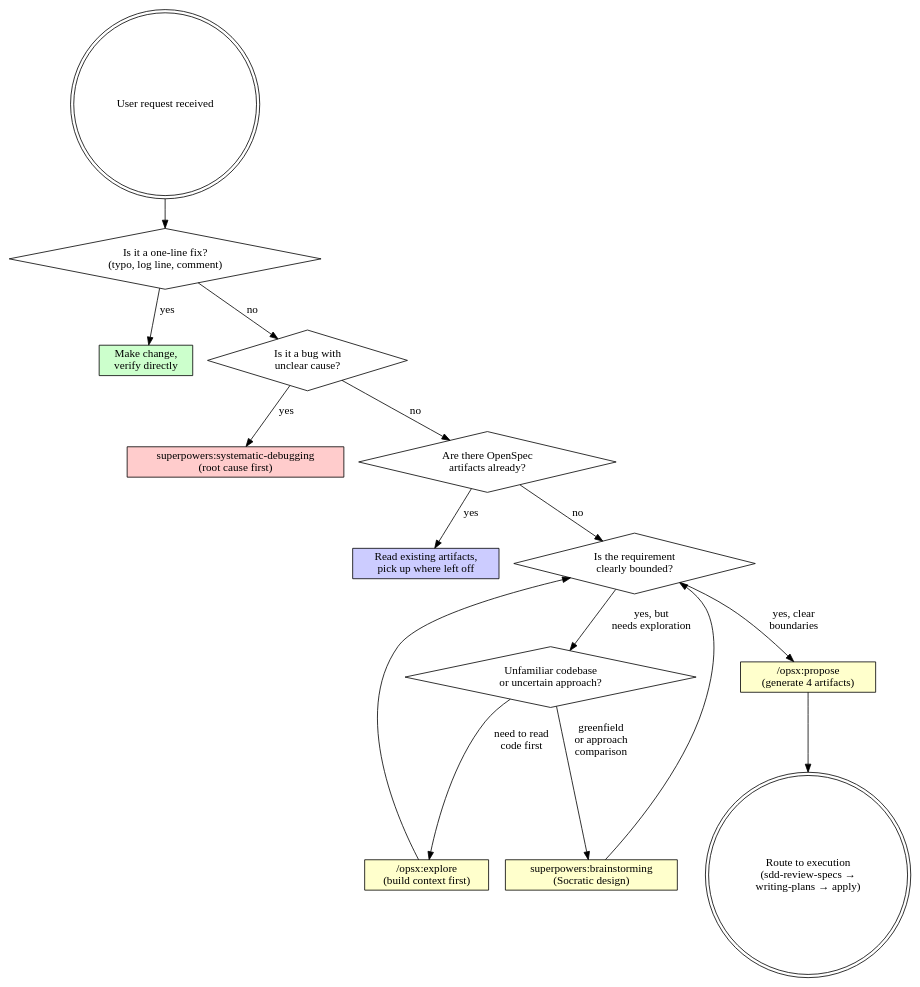
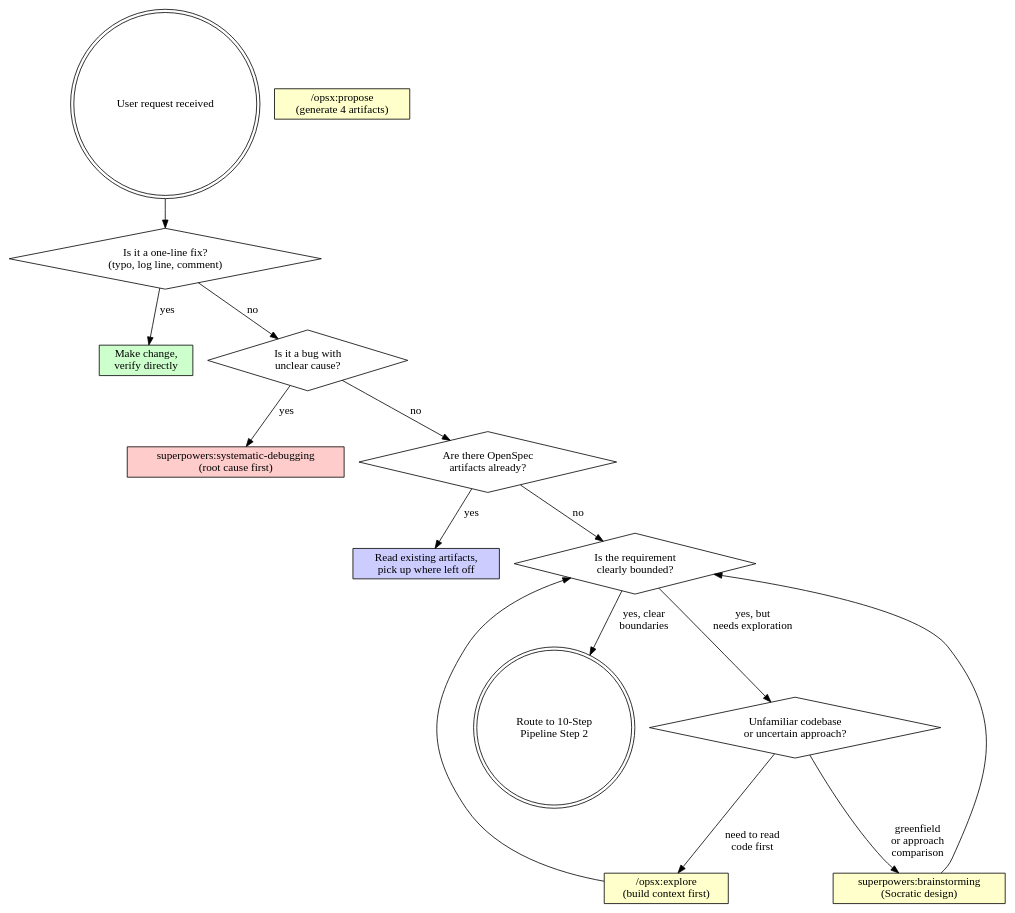
The diagram in skills/sdd-workflow/SKILL.md (9Ashwin/on-my-sdd), drawn with Graphviz before and after one commit. The commit also changed other lines of this file, not shown here.

````diff
--- a/skills/sdd-workflow/SKILL.md
+++ b/skills/sdd-workflow/SKILL.md
@@ -47,32 +85,31 @@
 ```dot
 digraph sdd_routing {
     "User request received" [shape=doublecircle];
     "Is it a one-line fix?\n(typo, log line, comment)" [shape=diamond];
     "Make change,\nverify directly" [shape=box style=filled fillcolor="#ccffcc"];
     "Is it a bug with\nunclear cause?" [shape=diamond];
     "superpowers:systematic-debugging\n(root cause first)" [shape=box style=filled fillcolor="#ffcccc"];
     "Are there OpenSpec\nartifacts already?" [shape=diamond];
     "Read existing artifacts,\npick up where left off" [shape=box style=filled fillcolor="#ccccff"];
     "Is the requirement\nclearly bounded?" [shape=diamond];
     "Unfamiliar codebase\nor uncertain approach?" [shape=diamond];
     "/opsx:propose\n(generate 4 artifacts)" [shape=box style=filled fillcolor="#ffffcc"];
     "/opsx:explore\n(build context first)" [shape=box style=filled fillcolor="#ffffcc"];
     "superpowers:brainstorming\n(Socratic design)" [shape=box style=filled fillcolor="#ffffcc"];
-    "Route to execution\n(sdd-review-specs →\nwriting-plans → apply)" [shape=doublecircle];
+    "Route to 10-Step\nPipeline Step 2" [shape=doublecircle];
 
     "User request received" -> "Is it a one-line fix?\n(typo, log line, comment)";
     "Is it a one-line fix?\n(typo, log line, comment)" -> "Make change,\nverify directly" [label="yes"];
     "Is it a one-line fix?\n(typo, log line, comment)" -> "Is it a bug with\nunclear cause?" [label="no"];
     "Is it a bug with\nunclear cause?" -> "superpowers:systematic-debugging\n(root cause first)" [label="yes"];
     "Is it a bug with\nunclear cause?" -> "Are there OpenSpec\nartifacts already?" [label="no"];
     "Are there OpenSpec\nartifacts already?" -> "Read existing artifacts,\npick up where left off" [label="yes"];
     "Are there OpenSpec\nartifacts already?" -> "Is the requirement\nclearly bounded?" [label="no"];
     "Is the requirement\nclearly bounded?" -> "Unfamiliar codebase\nor uncertain approach?" [label="yes, but\nneeds exploration"];
-    "Is the requirement\nclearly bounded?" -> "/opsx:propose\n(generate 4 artifacts)" [label="yes, clear\nboundaries"];
+    "Is the requirement\nclearly bounded?" -> "Route to 10-Step\nPipeline Step 2" [label="yes, clear\nboundaries"];
     "Unfamiliar codebase\nor uncertain approach?" -> "/opsx:explore\n(build context first)" [label="need to read\ncode first"];
     "Unfamiliar codebase\nor uncertain approach?" -> "superpowers:brainstorming\n(Socratic design)" [label="greenfield\nor approach\ncomparison"];
-    "/opsx:propose\n(generate 4 artifacts)" -> "Route to execution\n(sdd-review-specs →\nwriting-plans → apply)";
     "/opsx:explore\n(build context first)" -> "Is the requirement\nclearly bounded?";
     "superpowers:brainstorming\n(Socratic design)" -> "Is the requirement\nclearly bounded?";
 }
 ```
````
